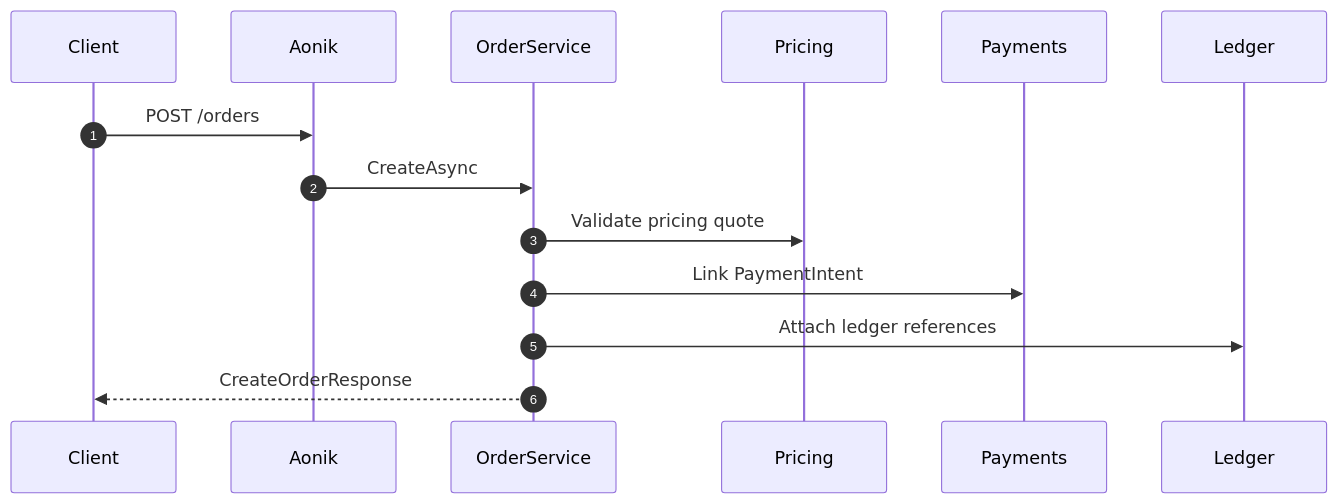
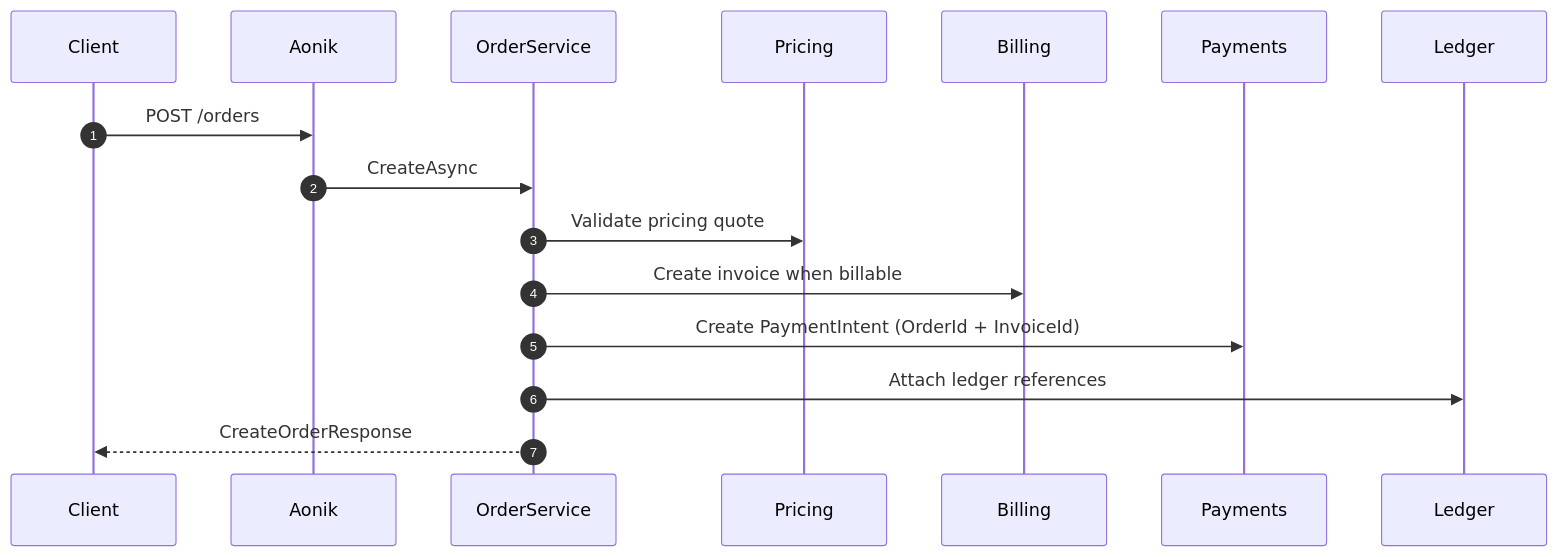
The diagram in .specifications/005.orders-intent.md (michaeljosiah/aonik), drawn with Mermaid before and after one commit. The commit also changed other lines of this file, not shown here.

Commit message:
docs(specifications): align orders intent plan with order refactor

````diff
--- a/.specifications/005.orders-intent.md
+++ b/.specifications/005.orders-intent.md
@@ -325,17 +342,19 @@
 ```mermaid
 sequenceDiagram
     autonumber
     participant Client
     participant Aonik
     participant OrderSvc as OrderService
     participant Pricing
+    participant Billing
     participant Payments
     participant Ledger
 
     Client->>Aonik: POST /orders
     Aonik->>OrderSvc: CreateAsync
     OrderSvc->>Pricing: Validate pricing quote
-    OrderSvc->>Payments: Link PaymentIntent
+    OrderSvc->>Billing: Create invoice when billable
+    OrderSvc->>Payments: Create PaymentIntent (OrderId + InvoiceId)
     OrderSvc->>Ledger: Attach ledger references
     OrderSvc-->>Client: CreateOrderResponse
 ```
````
